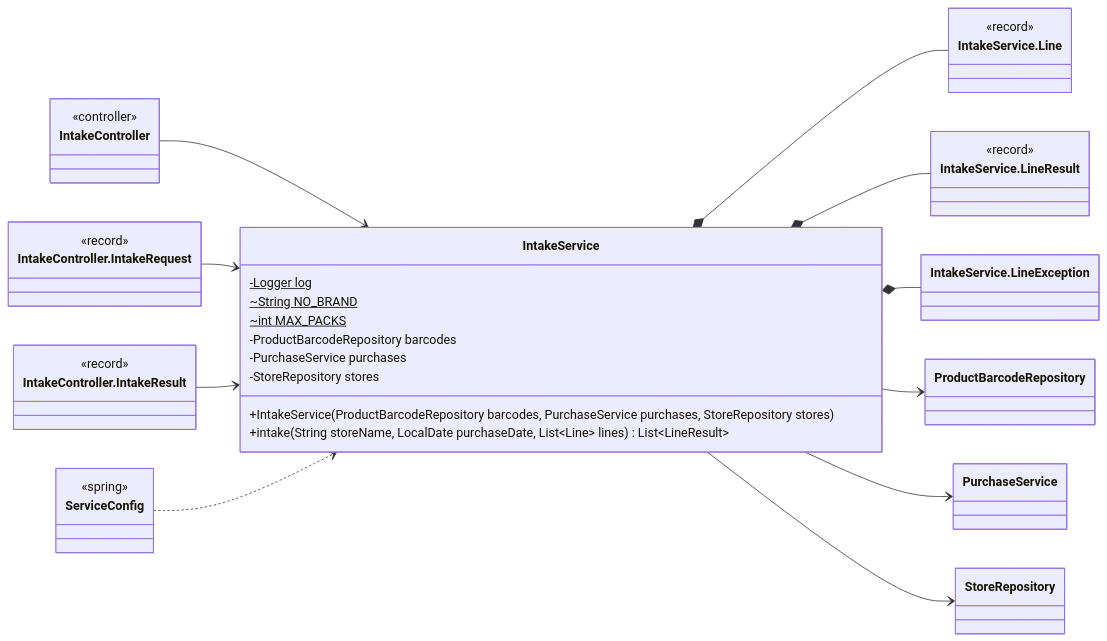
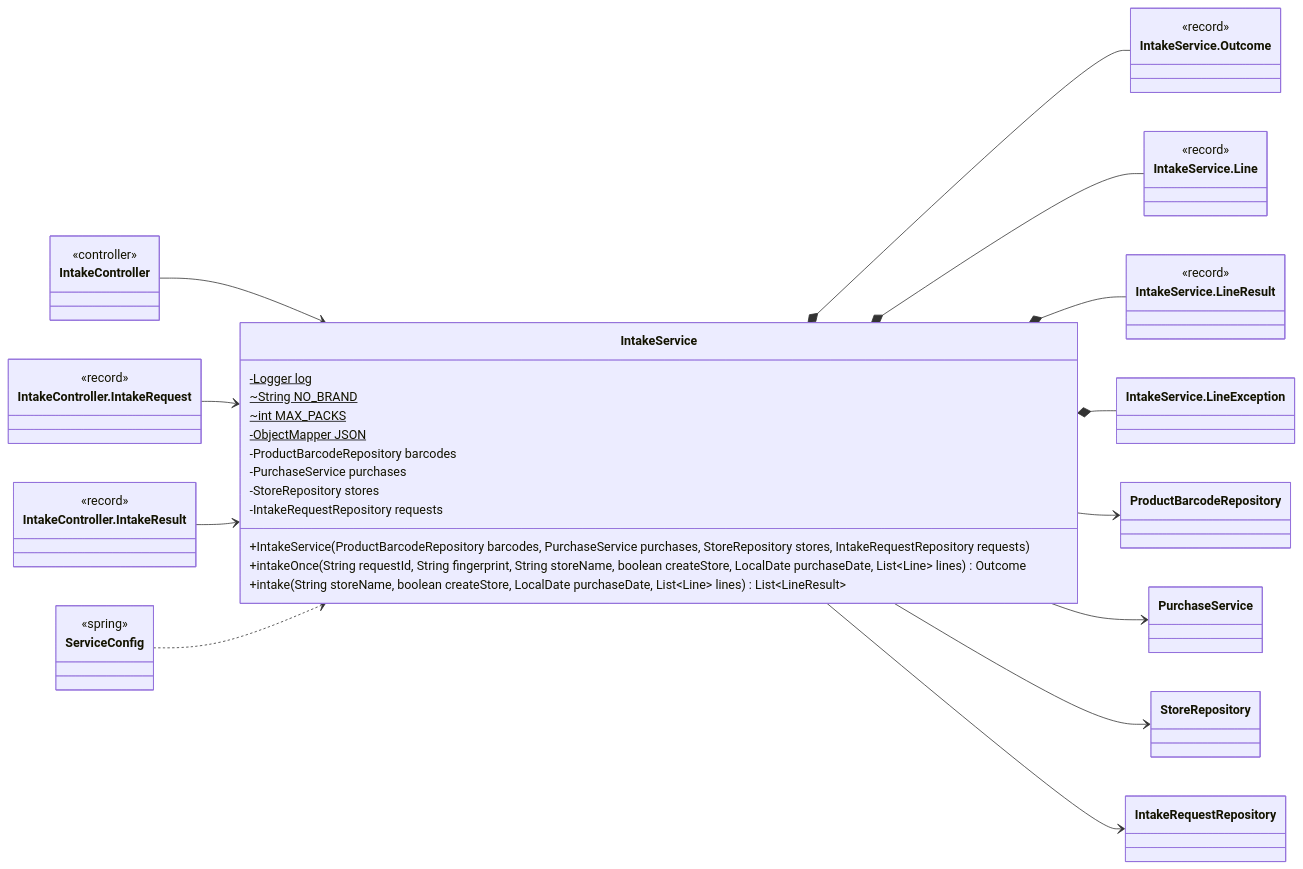
One commit to Nate-ryan-7690/dahaem changed diagram 11 of 21 in docs/classes/barcode.md. Above: the diagram before and after it, drawn with Mermaid. The commit also changed other lines of this file and 6 other files, not shown here.

````diff
--- a/docs/classes/barcode.md
+++ b/docs/classes/barcode.md
@@ -327,46 +436,55 @@
 ```mermaid
 classDiagram
     direction LR
     class barcode_IntakeService["IntakeService"] {
         -Logger log$
         ~String NO_BRAND$
         ~int MAX_PACKS$
+        -ObjectMapper JSON$
         -ProductBarcodeRepository barcodes
         -PurchaseService purchases
         -StoreRepository stores
-        +IntakeService(ProductBarcodeRepository barcodes, PurchaseService purchases, StoreRepository stores)
-        +intake(String storeName, LocalDate purchaseDate, List~Line~ lines) List~LineResult~
+        -IntakeRequestRepository requests
+        +IntakeService(ProductBarcodeRepository barcodes, PurchaseService purchases, StoreRepository stores, IntakeRequestRepository requests)
+        +intakeOnce(String requestId, String fingerprint, String storeName, boolean createStore, LocalDate purchaseDate, List~Line~ lines) Outcome
+        +intake(String storeName, boolean createStore, LocalDate purchaseDate, List~Line~ lines) List~LineResult~
+    }
+    class barcode_IntakeService_Outcome["IntakeService.Outcome"] {
+        <<record>>
     }
     class barcode_IntakeService_Line["IntakeService.Line"] {
         <<record>>
     }
     class barcode_IntakeService_LineResult["IntakeService.LineResult"] {
         <<record>>
     }
     class barcode_IntakeService_LineException["IntakeService.LineException"]
     class barcode_ProductBarcodeRepository["ProductBarcodeRepository"]
     class finance_PurchaseService["PurchaseService"]
     class stores_StoreRepository["StoreRepository"]
+    class barcode_IntakeRequestRepository["IntakeRequestRepository"]
     class api_IntakeController["IntakeController"] {
         <<controller>>
     }
     class api_IntakeController_IntakeRequest["IntakeController.IntakeRequest"] {
         <<record>>
     }
     class api_IntakeController_IntakeResult["IntakeController.IntakeResult"] {
         <<record>>
     }
     class api_ServiceConfig["ServiceConfig"] {
         <<spring>>
     }
+    barcode_IntakeService *-- barcode_IntakeService_Outcome
     barcode_IntakeService *-- barcode_IntakeService_Line
     barcode_IntakeService *-- barcode_IntakeService_LineResult
     barcode_IntakeService *-- barcode_IntakeService_LineException
     barcode_IntakeService --> barcode_ProductBarcodeRepository
     barcode_IntakeService --> finance_PurchaseService
     barcode_IntakeService --> stores_StoreRepository
+    barcode_IntakeService --> barcode_IntakeRequestRepository
     api_IntakeController --> barcode_IntakeService
     api_IntakeController_IntakeRequest --> barcode_IntakeService
     api_IntakeController_IntakeResult --> barcode_IntakeService
     api_ServiceConfig ..> barcode_IntakeService
 ```
````
